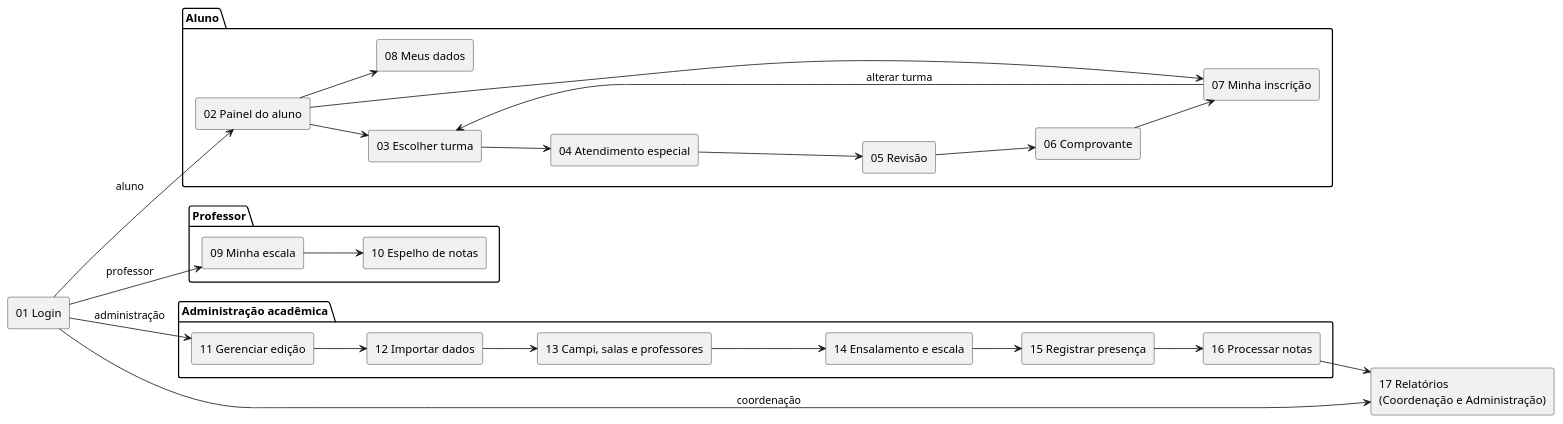
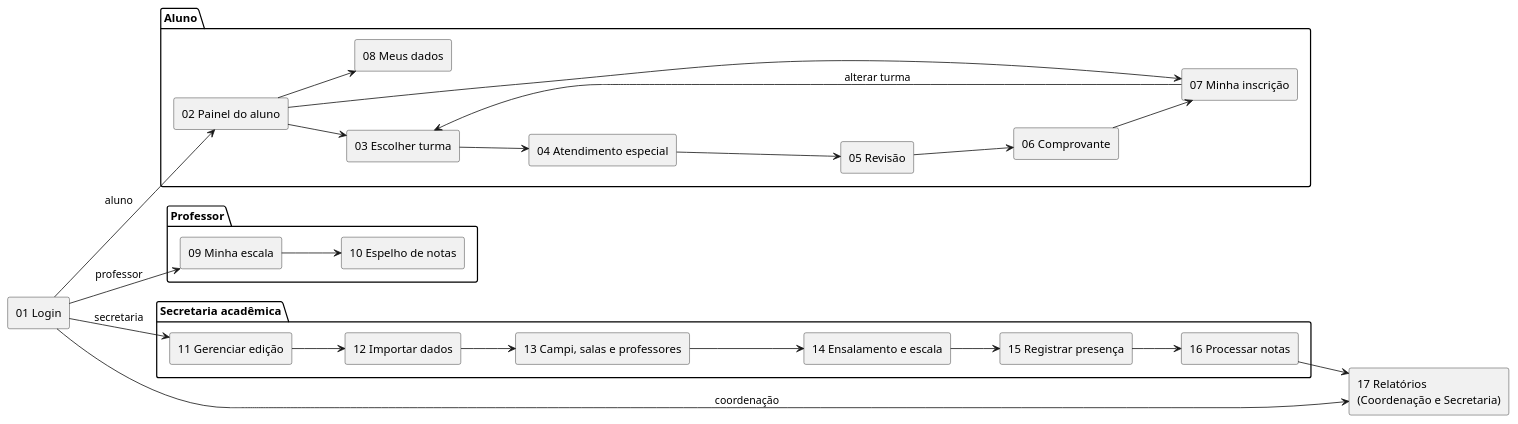
Before and after one commit to Projetos-de-Extensao/PECDII_26.2_8003_I: the first of 19 diagrams in docs/Iniciacao/prototipo_baixa_fidelidade.md, drawn with PlantUML. The commit also changed other lines of this file and 19 other files, not shown here.

Commit message:
Grupos Secretaria e Coordenação no admin; ator renomeado para Secretaria na documentação

````diff
--- a/docs/Iniciacao/prototipo_baixa_fidelidade.md
+++ b/docs/Iniciacao/prototipo_baixa_fidelidade.md
@@ -22,58 +22,58 @@
 ```plantuml
 @startuml
 skinparam monochrome true
 skinparam shadowing false
 left to right direction
 
 rectangle "01 Login" as T01
 
 package "Aluno" {
   rectangle "02 Painel do aluno" as T02
   rectangle "03 Escolher turma" as T03
   rectangle "04 Atendimento especial" as T04
   rectangle "05 Revisão" as T05
   rectangle "06 Comprovante" as T06
   rectangle "07 Minha inscrição" as T07
   rectangle "08 Meus dados" as T08
 }
 
 package "Professor" {
   rectangle "09 Minha escala" as T09
   rectangle "10 Espelho de notas" as T10
 }
 
-package "Administração acadêmica" {
+package "Secretaria acadêmica" {
   rectangle "11 Gerenciar edição" as T11
   rectangle "12 Importar dados" as T12
   rectangle "13 Campi, salas e professores" as T13
   rectangle "14 Ensalamento e escala" as T14
   rectangle "15 Registrar presença" as T15
   rectangle "16 Processar notas" as T16
 }
 
-rectangle "17 Relatórios\n(Coordenação e Administração)" as T17
+rectangle "17 Relatórios\n(Coordenação e Secretaria)" as T17
 
 T01 --> T02 : aluno
 T01 --> T09 : professor
-T01 --> T11 : administração
+T01 --> T11 : secretaria
 T01 --> T17 : coordenação
 
 T02 --> T03
 T03 --> T04
 T04 --> T05
 T05 --> T06
 T06 --> T07
 T02 --> T07
 T02 --> T08
 T07 --> T03 : alterar turma
 
 T09 --> T10
 
 T11 --> T12
 T12 --> T13
 T13 --> T14
 T14 --> T15
 T15 --> T16
 T16 --> T17
 @enduml
 ```
````
